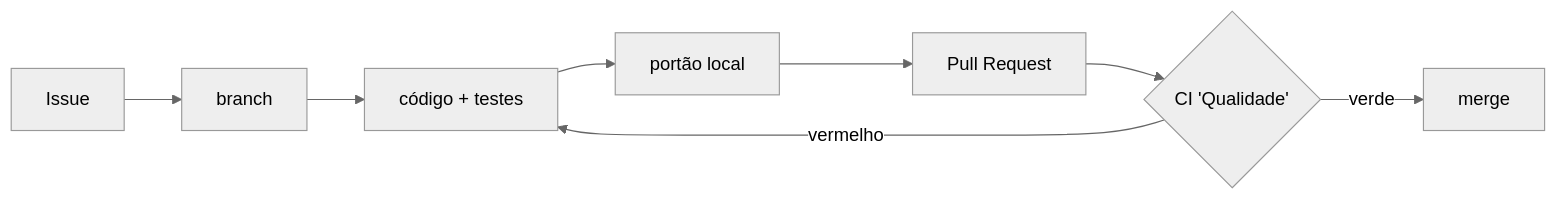
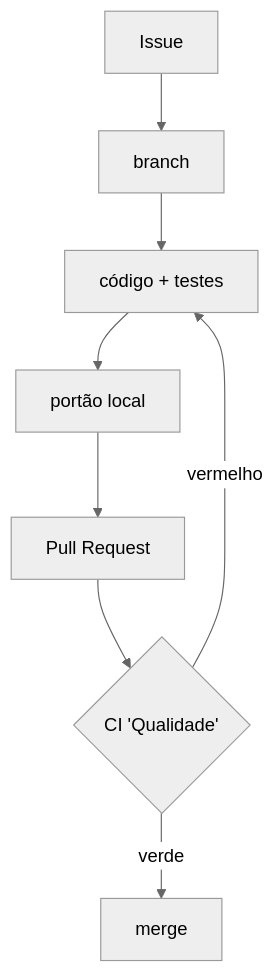
Diagram 15 of 15 in README.md (PedroMLegnaghi/Sentinela_IBM_SkillsBuildAILab_Sicredi_challenge), drawn with Mermaid (neutral theme) before and after one commit. The commit also changed other lines of this file, not shown here.

Commit message:
docs: corrige a formatação dos diagramas do README no GitHub (#149)

````diff
--- a/README.md
+++ b/README.md
@@ -721,6 +722,6 @@
 ```mermaid
-flowchart LR
+flowchart TD
     I["Issue"] --> B["branch"] --> C["código + testes"] --> P["portão local"] --> PR["Pull Request"] --> CI{"CI 'Qualidade'"}
     CI -->|verde| M["merge"]
     CI -->|vermelho| C
 ```
````
